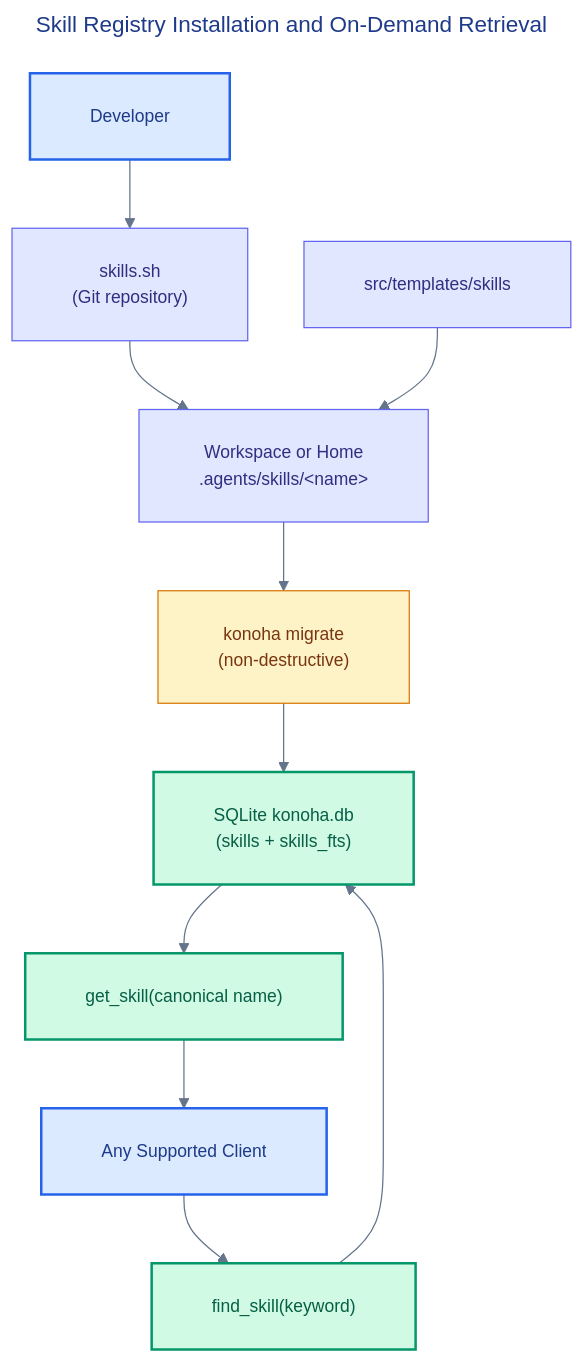
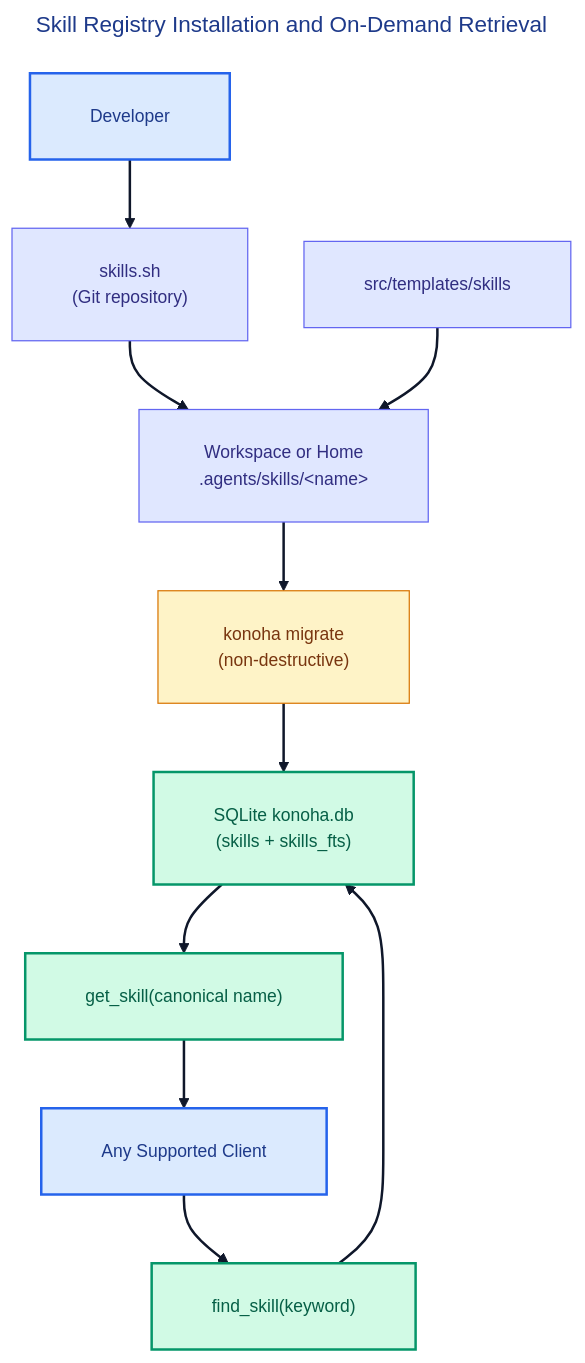
Before and after one commit to andycungkrinx91/konoha: the diagram in docs/ADDING-SKILLS.md, drawn with Mermaid. The commit also changed 177 other files, not shown here.

````diff
--- a/docs/ADDING-SKILLS.md
+++ b/docs/ADDING-SKILLS.md
@@ -13,41 +13,44 @@
 ```mermaid
 ---
 title: Skill Registry Installation and On-Demand Retrieval
 config:
   theme: base
   themeVariables:
     background: '#ffffff'
+    mainBkg: '#ffffff'
     primaryColor: '#dbeafe'
     primaryTextColor: '#1e3a8a'
     primaryBorderColor: '#2563eb'
-    lineColor: '#64748b'
+    lineColor: '#0f172a'
+    arrowheadColor: '#0f172a'
     secondaryColor: '#e0e7ff'
     tertiaryColor: '#d1fae5'
     fontFamily: 'Inter, system-ui, sans-serif'
     fontSize: '14px'
   flowchart:
     nodeSpacing: 45
     rankSpacing: 55
     padding: 24
     wrappingWidth: 380
 ---
 flowchart TB
     Developer["Developer"] --> Registry["skills.sh<br/>(Git repository)"]
     Registry --> Files["Workspace or Home<br/>.agents/skills/&lt;name&gt;"]
     Templates["src/templates/skills"] --> Files
     Files --> Migrate["konoha migrate<br/>(non-destructive)"]
     Migrate --> DB["SQLite konoha.db<br/>(skills + skills_fts)"]
     Client["Any Supported Client"] --> Find["find_skill(keyword)"]
     Find --> DB
     DB --> Get["get_skill(canonical name)"]
     Get --> Client
 
+    linkStyle default stroke:#0f172a,stroke-width:2px;
     classDef actor fill:#dbeafe,stroke:#2563eb,color:#1e3a8a,stroke-width:2px
     classDef source fill:#e0e7ff,stroke:#6366f1,color:#312e81
     classDef process fill:#fef3c7,stroke:#d97706,color:#78350f
     classDef runtime fill:#d1fae5,stroke:#059669,color:#065f46,stroke-width:2px
     class Developer,Client actor
     class Registry,Files,Templates source
     class Migrate process
     class DB,Find,Get runtime
 ```
````
